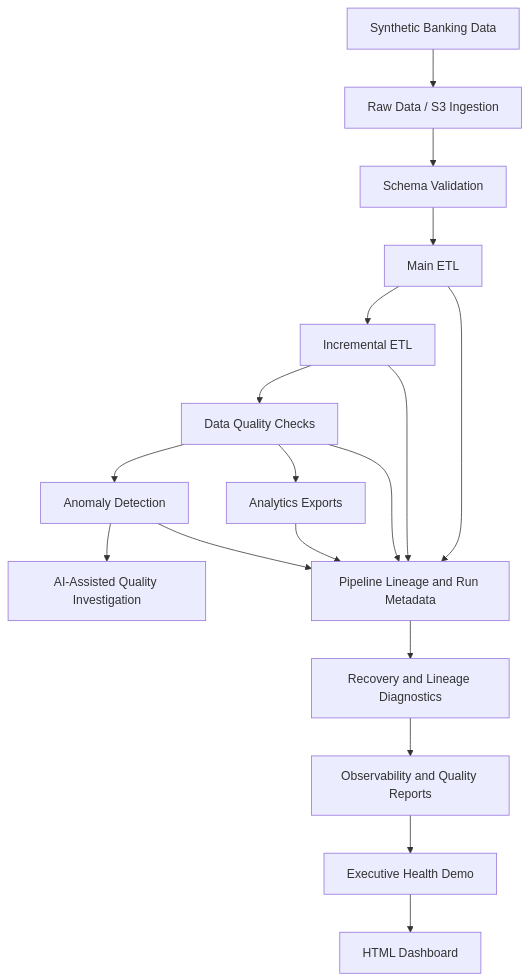
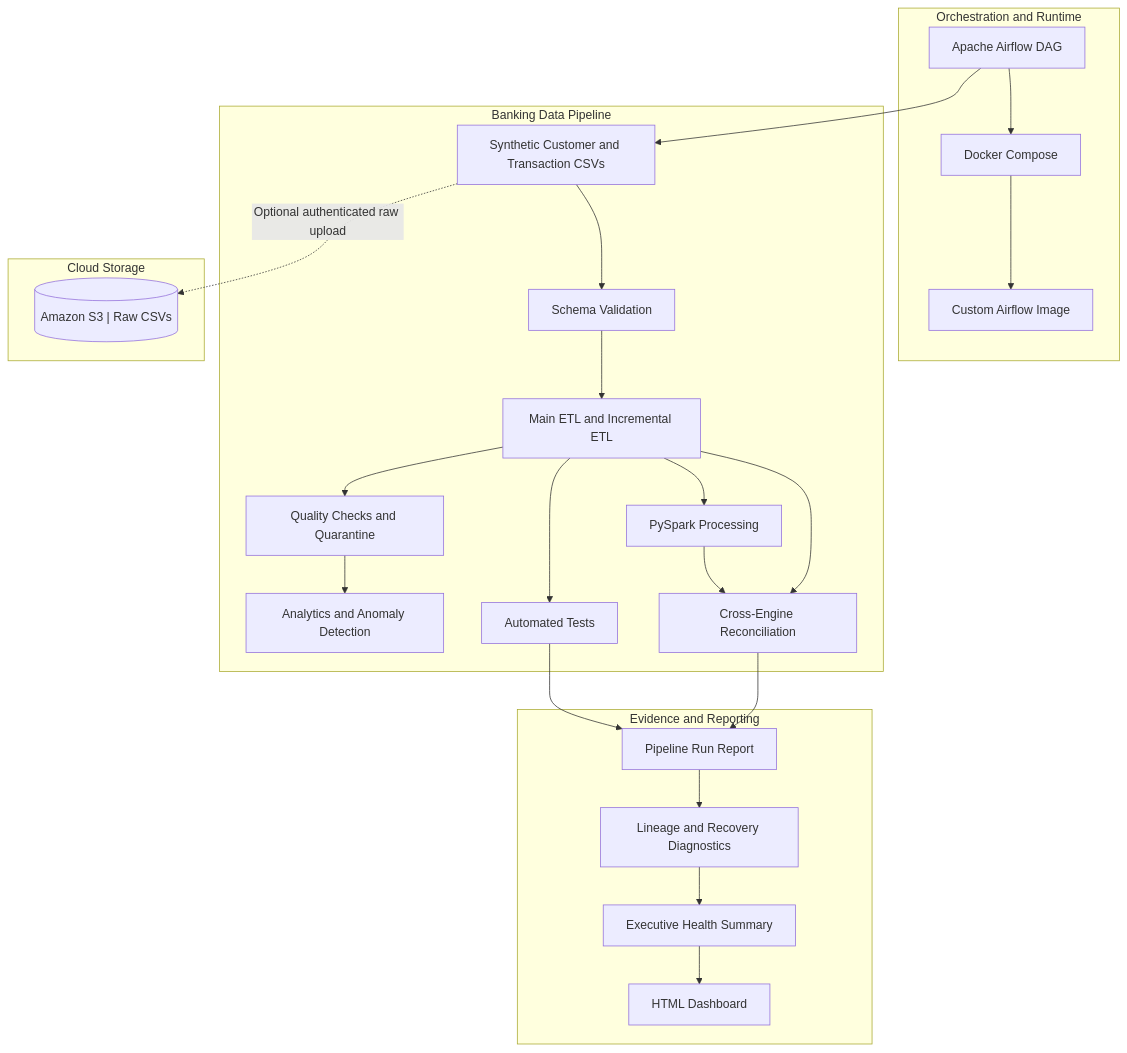
Before and after one commit to Vaishnav-K/ai-enhanced-banking-data-platform: the diagram in docs/architecture.md, drawn with Mermaid. The commit also changed other lines of this file and 2 other files, not shown here.

Commit message:
Document Airflow Spark and S3 pipeline

````diff
--- a/docs/architecture.md
+++ b/docs/architecture.md
@@ -5,20 +5,42 @@
 ```mermaid
-flowchart TD
-    A["Synthetic Banking Data"] --> B["Raw Data / S3 Ingestion"]
-    B --> C["Schema Validation"]
-    C --> D["Main ETL"]
-    D --> E["Incremental ETL"]
-    E --> F["Data Quality Checks"]
-    F --> G["Anomaly Detection"]
-    F --> H["Analytics Exports"]
-    G --> I["AI-Assisted Quality Investigation"]
-    D --> J["Pipeline Lineage and Run Metadata"]
-    E --> J
-    F --> J
-    G --> J
-    H --> J
-    J --> K["Recovery and Lineage Diagnostics"]
-    K --> L["Observability and Quality Reports"]
-    L --> M["Executive Health Demo"]
-    M --> N["HTML Dashboard"]
+flowchart TB
+    subgraph Runtime["Orchestration and Runtime"]
+        A["Apache Airflow DAG"]
+        B["Docker Compose"]
+        C["Custom Airflow Image"]
+        A --> B --> C
+    end
+
+    subgraph Data["Banking Data Pipeline"]
+        D["Synthetic Customer and Transaction CSVs"]
+        E["Schema Validation"]
+        F["Main ETL and Incremental ETL"]
+        G["Quality Checks and Quarantine"]
+        H["Analytics and Anomaly Detection"]
+        I["Automated Tests"]
+        J["PySpark Processing"]
+        K["Cross-Engine Reconciliation"]
+        D --> E --> F --> G
+        G --> H
+        F --> I
+        F --> J --> K
+        F --> K
+    end
+
+    subgraph Cloud["Cloud Storage"]
+        L[("Amazon S3 | Raw CSVs")]
+    end
+
+    subgraph Evidence["Evidence and Reporting"]
+        M["Pipeline Run Report"]
+        N["Lineage and Recovery Diagnostics"]
+        O["Executive Health Summary"]
+        P["HTML Dashboard"]
+        M --> N --> O --> P
+    end
+
+    A --> D
+    D -. "Optional authenticated raw upload" .-> L
+    I --> M
+    K --> M
 ```
````
